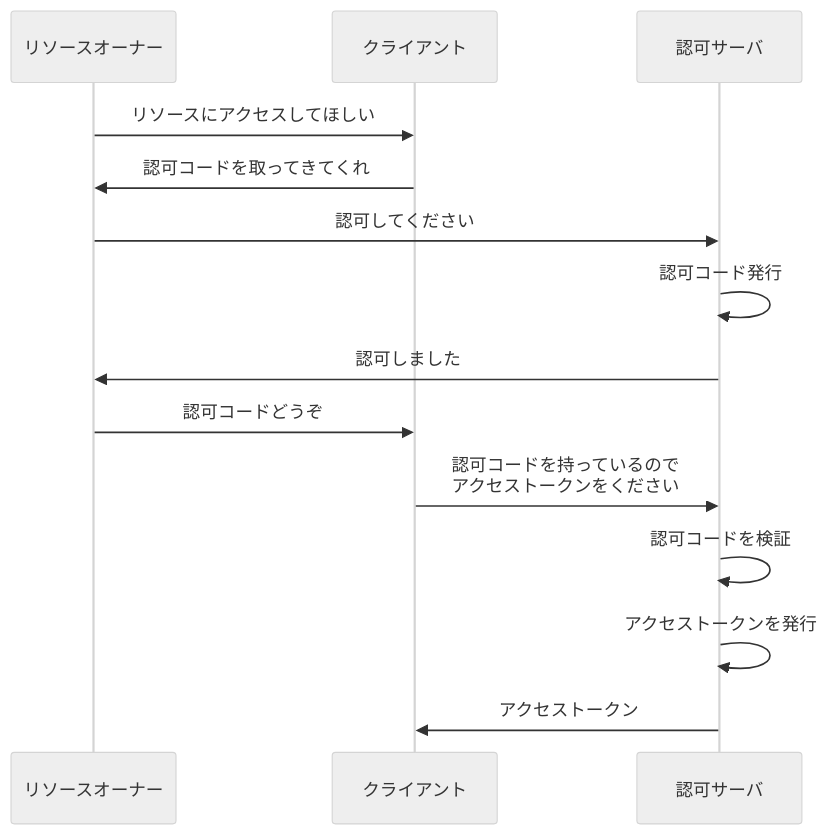
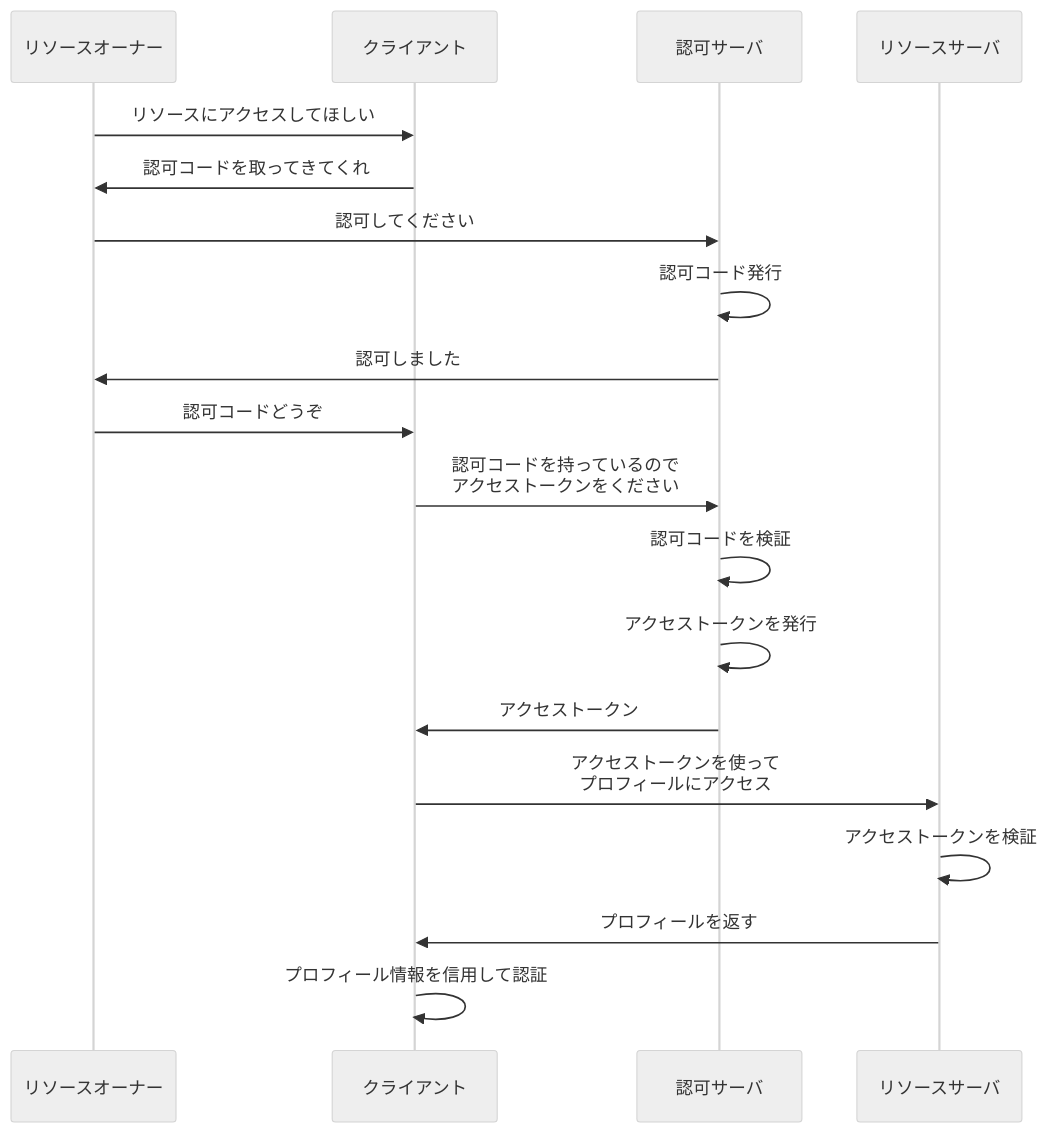
Diagram 18 of 20 in articles/5e8da6c491e720.md (calloc134/zenn-dir), drawn with Mermaid (neutral theme) before and after one commit. The commit also changed other lines of this file, not shown here.

Commit message:
プロフィールへのアクセスが抜けていたので追加

````diff
--- a/articles/5e8da6c491e720.md
+++ b/articles/5e8da6c491e720.md
@@ -1656,17 +1656,22 @@
 ```mermaid
 sequenceDiagram
     participant リソースオーナー
     participant クライアント
     participant 認可サーバ
+    participant リソースサーバ
 
     リソースオーナー->>クライアント: リソースにアクセスしてほしい
     クライアント->>リソースオーナー: 認可コードを取ってきてくれ
     リソースオーナー->>認可サーバ: 認可してください
     認可サーバ->>認可サーバ: 認可コード発行
     認可サーバ->>リソースオーナー: 認可しました
     リソースオーナー->>クライアント: 認可コードどうぞ
     クライアント->>認可サーバ: 認可コードを持っているので<br>アクセストークンをください
     認可サーバ->>認可サーバ: 認可コードを検証
     認可サーバ->>認可サーバ: アクセストークンを発行
     認可サーバ->>クライアント: アクセストークン
+    クライアント->>リソースサーバ: アクセストークンを使って<br>プロフィールにアクセス
+    リソースサーバ->>リソースサーバ: アクセストークンを検証
+    リソースサーバ->>クライアント: プロフィールを返す
+    クライアント->>クライアント: プロフィール情報を信用して認証
 ```
````
